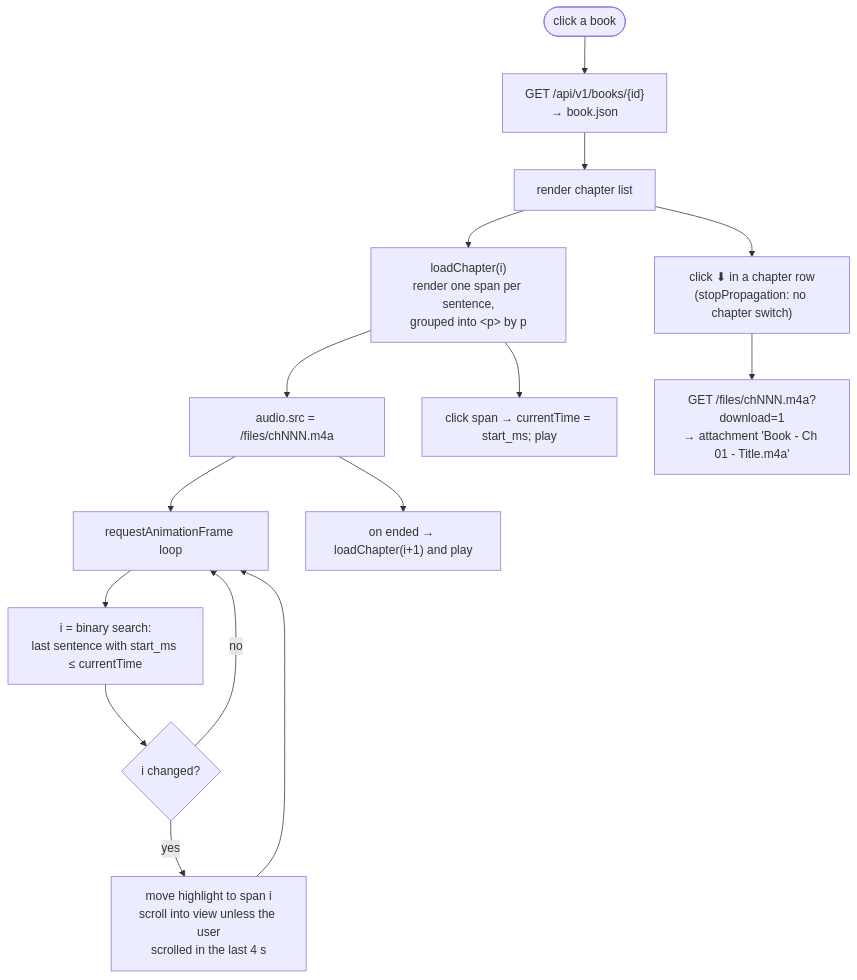
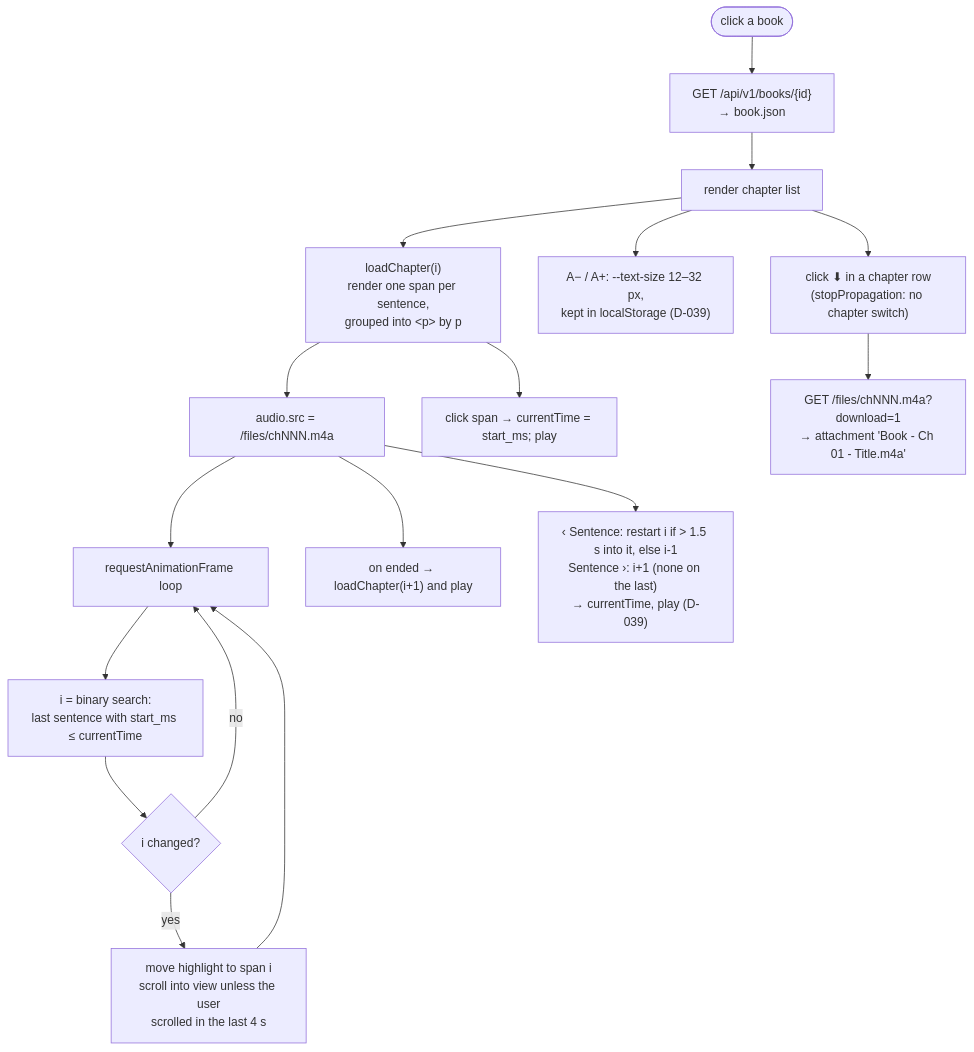
The seventh of 9 diagrams in desktop/docs/workflow.md (Fgkl10/ebook-convert-to-audio), drawn with Mermaid before and after one commit. The commit also changed 8 other files, not shown here.

````diff
--- a/desktop/docs/workflow.md
+++ b/desktop/docs/workflow.md
@@ -219,17 +219,19 @@
 ```mermaid
 flowchart TD
     A([click a book]) --> B["GET /api/v1/books/{id}<br/>→ book.json"]
     B --> C["render chapter list"]
     C --> D["loadChapter(i)<br/>render one span per sentence,<br/>grouped into &lt;p&gt; by p"]
     D --> E["audio.src = /files/chNNN.m4a"]
     E --> F["requestAnimationFrame loop"]
     F --> G["i = binary search:<br/>last sentence with start_ms ≤ currentTime"]
     G --> H{i changed?}
     H -- yes --> I["move highlight to span i<br/>scroll into view unless the user<br/>scrolled in the last 4 s"]
     H -- no --> F
     I --> F
     D --> J["click span → currentTime = start_ms; play"]
     E --> K["on ended → loadChapter(i+1) and play"]
+    E --> N["‹ Sentence: restart i if > 1.5 s into it, else i-1<br/>Sentence ›: i+1 (none on the last)<br/>→ currentTime, play (D-039)"]
+    C --> O["A− / A+: --text-size 12–32 px,<br/>kept in localStorage (D-039)"]
     C --> L["click ⬇ in a chapter row<br/>(stopPropagation: no chapter switch)"]
     L --> M["GET /files/chNNN.m4a?download=1<br/>→ attachment 'Book - Ch 01 - Title.m4a'"]
 ```
````
